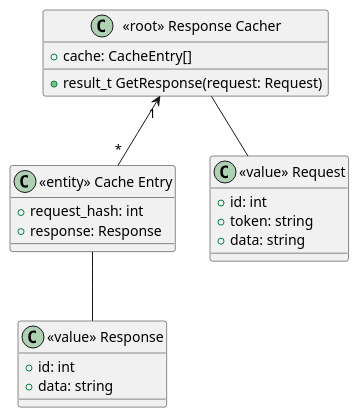
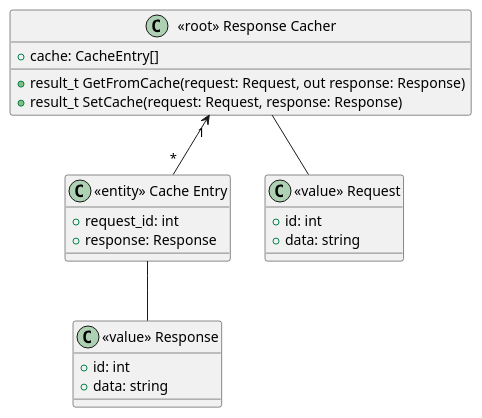
The diagram in PracticeTasks/Module2/Task_9/task9_cacher.puml (fanglores/Advanced-Software-Design), drawn with PlantUML before and after one commit. The commit also changed 6 other files, not shown here.

```diff
--- a/PracticeTasks/Module2/Task_9/task9_cacher.puml
+++ b/PracticeTasks/Module2/Task_9/task9_cacher.puml
@@ -1,28 +1,28 @@
 @startuml
 
 class "<<root>> Response Cacher" as cacher {
   +cache: CacheEntry[]
-  +result_t GetResponse(request: Request)
+  +result_t GetFromCache(request: Request, out response: Response)
+  +result_t SetCache(request: Request, response: Response)
 }
 
 class "<<entity>> Cache Entry" as cache {
-  +request_hash: int
+  +request_id: int
   +response: Response
 }
 
 class "<<value>> Request" as request {
   +id: int
-  +token: string
   +data: string
 }
 
 class "<<value>> Response" as response {
   +id: int
   +data: string
 }
 
 cacher "1" <-- "*" cache
 cacher -- request
 cache -- response
 
 @enduml
```
